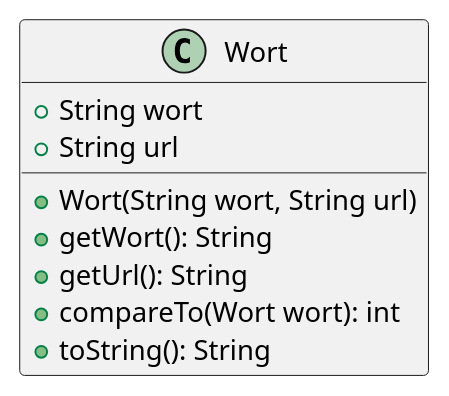
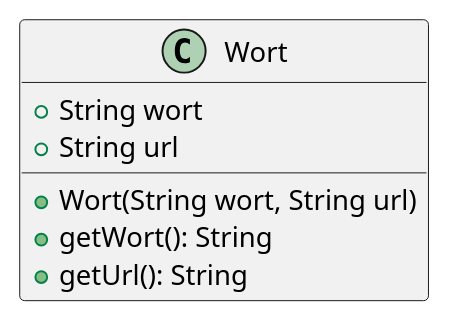
Before and after one commit to TGM-HIT/sew9-2324-worttrainer-jdoppelhofer: the diagram in app/uml/UML.puml, drawn with PlantUML. The commit also changed 2 other files, not shown here.

Commit message:
Wort Klasse implementierung

```diff
--- a/app/uml/UML.puml
+++ b/app/uml/UML.puml
@@ -1,13 +1,11 @@
 @startuml
 
 class Wort {
     +String wort
     +String url
     +Wort(String wort, String url)
     +getWort(): String
     +getUrl(): String
-    +compareTo(Wort wort): int
-    +toString(): String
 }
 
 @enduml
```
